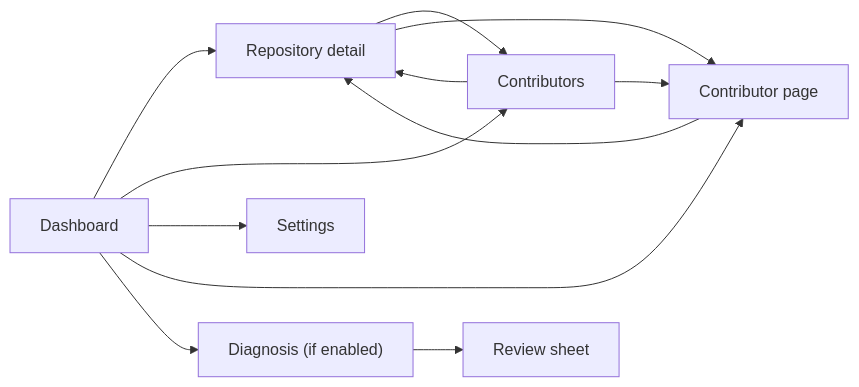
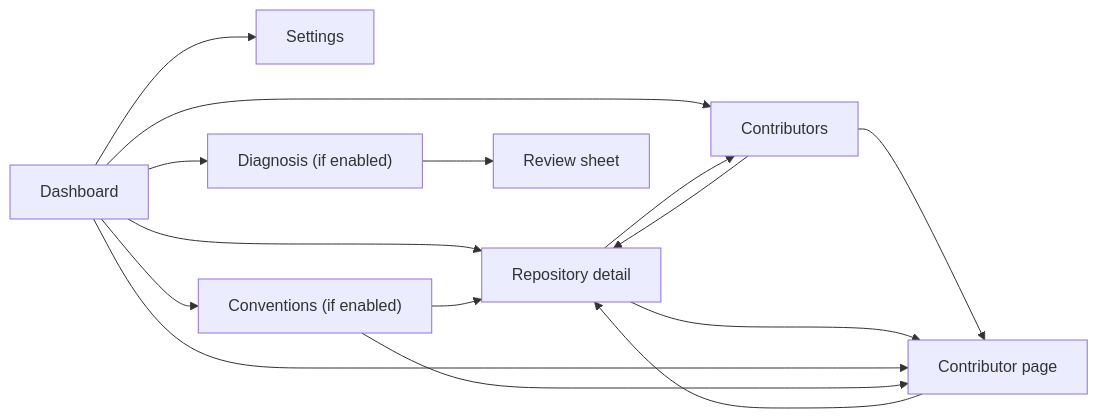
Before and after one commit to studoo-app/watchoo: the diagram in documentation/en/06-web-interface.md, drawn with Mermaid. The commit also changed other lines of this file and 74 other files, not shown here.

````diff
--- a/documentation/en/06-web-interface.md
+++ b/documentation/en/06-web-interface.md
@@ -481,14 +524,17 @@
 ```mermaid
 flowchart LR
     DASH["Dashboard"] --> REPO["Repository detail"]
     DASH --> CONTRIB["Contributors"]
     DASH --> SET["Settings"]
     REPO --> CONTRIB
     CONTRIB --> REPO
     CONTRIB --> PERSON["Contributor page"]
     REPO --> PERSON
     DASH --> PERSON
     PERSON --> REPO
     DASH --> DIAG["Diagnosis (if enabled)"]
     DIAG --> LEAD["Review sheet"]
+    DASH --> CONV["Conventions (if enabled)"]
+    CONV --> REPO
+    CONV --> PERSON
 ```
````
